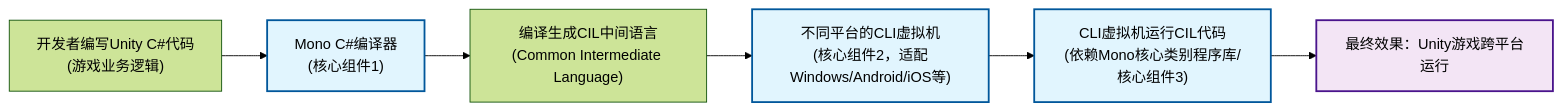
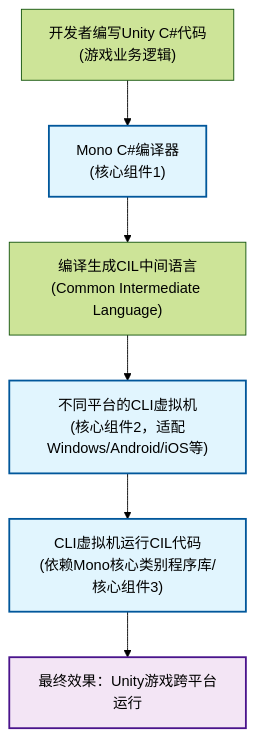
The first of 2 diagrams in content/游戏开发方方面/Unity/Unity Mono与IL2CPP这块.md (FishCat233/PigeonLibrary), drawn with Mermaid (forest theme) before and after one commit. The commit also changed other lines of this file, not shown here.

````diff
--- a/content/游戏开发方方面/Unity/Unity Mono与IL2CPP这块.md
+++ b/content/游戏开发方方面/Unity/Unity Mono与IL2CPP这块.md
@@ -13,13 +17,13 @@
 ```mermaid
-flowchart LR
+flowchart TD
     A["开发者编写Unity C#代码<br/>(游戏业务逻辑)"] --> B["Mono C#编译器<br/>(核心组件1)"]
     B --> C["编译生成CIL中间语言<br/>(Common Intermediate Language)"]
     C --> D["不同平台的CLI虚拟机<br/>(核心组件2，适配Windows/Android/iOS等)"]
     D --> E["CLI虚拟机运行CIL代码<br/>(依赖Mono核心类别程序库/核心组件3)"]
     E --> F["最终效果：Unity游戏跨平台运行"]
     
     classDef coreComponent fill:#e1f5fe,stroke:#01579b,stroke-width:2px
     class B,D,E coreComponent
     classDef endNode fill:#f3e5f5,stroke:#4a148c,stroke-width:2px
     class F endNode
 ```
````
